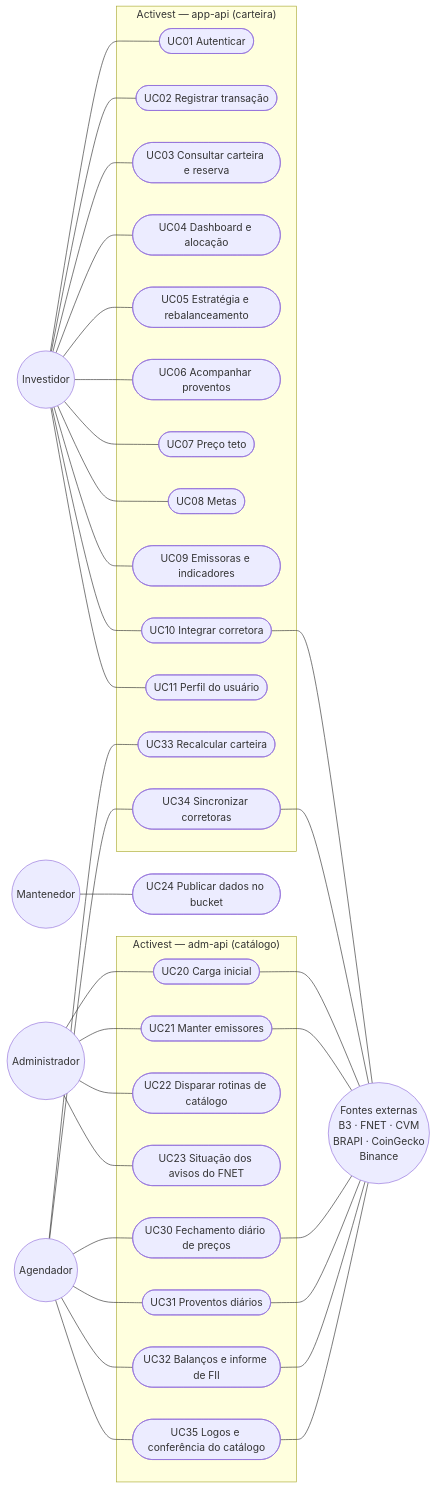
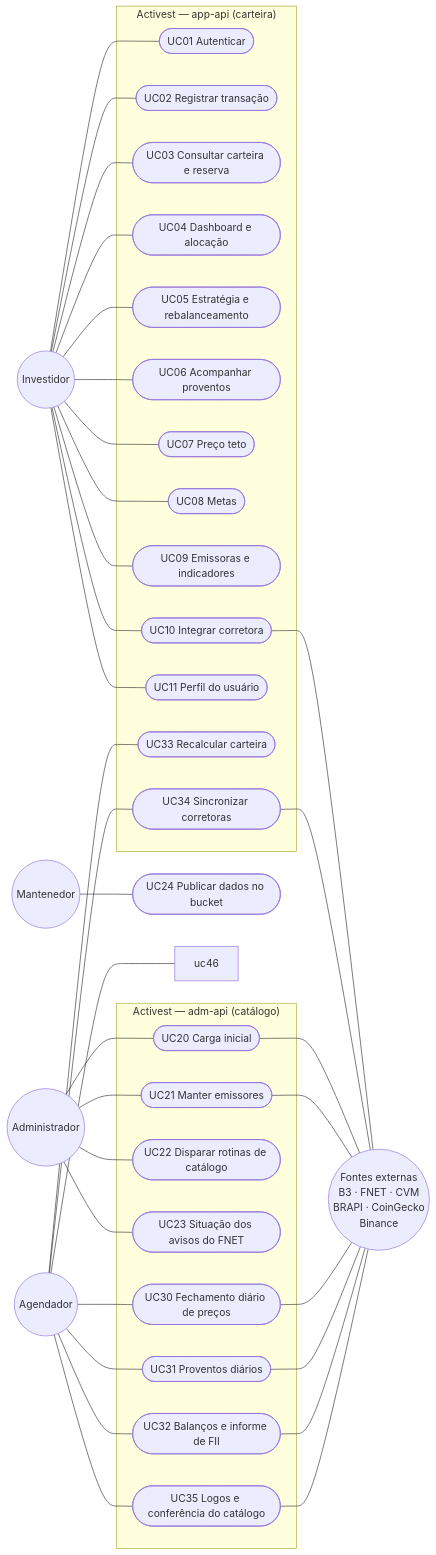
Before and after one commit to guilherme-dealmeida/activest: the first of 8 diagrams in docs/USE_CASES.md, drawn with Mermaid. The commit also changed other lines of this file and 83 other files, not shown here.

````diff
--- a/docs/USE_CASES.md
+++ b/docs/USE_CASES.md
@@ -38,44 +38,44 @@
 ```mermaid
 flowchart LR
     inv(("Investidor"))
     adm(("Administrador"))
     mnt(("Mantenedor"))
     sch(("Agendador"))
     ext(("Fontes externas<br/>B3 · FNET · CVM<br/>BRAPI · CoinGecko<br/>Binance"))
 
     subgraph APP["Activest — app-api (carteira)"]
         uc01(["UC01 Autenticar"])
         uc02(["UC02 Registrar transação"])
         uc03(["UC03 Consultar carteira e reserva"])
         uc04(["UC04 Dashboard e alocação"])
         uc05(["UC05 Estratégia e rebalanceamento"])
         uc06(["UC06 Acompanhar proventos"])
         uc07(["UC07 Preço teto"])
         uc08(["UC08 Metas"])
         uc09(["UC09 Emissoras e indicadores"])
         uc10(["UC10 Integrar corretora"])
         uc11(["UC11 Perfil do usuário"])
         uc33(["UC33 Recalcular carteira"])
         uc34(["UC34 Sincronizar corretoras"])
     end
 
     subgraph ADM["Activest — adm-api (catálogo)"]
         uc20(["UC20 Carga inicial"])
         uc21(["UC21 Manter emissores"])
         uc22(["UC22 Disparar rotinas de catálogo"])
         uc23(["UC23 Situação dos avisos do FNET"])
         uc30(["UC30 Fechamento diário de preços"])
         uc31(["UC31 Proventos diários"])
         uc32(["UC32 Balanços e informe de FII"])
         uc35(["UC35 Logos e conferência do catálogo"])
     end
 
     uc24(["UC24 Publicar dados no bucket"])
 
     inv --- uc01 & uc02 & uc03 & uc04 & uc05 & uc06 & uc07 & uc08 & uc09 & uc10 & uc11
     adm --- uc20 & uc21 & uc22 & uc23
     mnt --- uc24
-    sch --- uc30 & uc31 & uc32 & uc35 & uc33 & uc34
+    sch --- uc30 & uc31 & uc32 & uc35 & uc33 & uc46 & uc34
     uc10 & uc34 --- ext
     uc20 & uc21 & uc30 & uc31 & uc32 & uc35 --- ext
 ```
````
